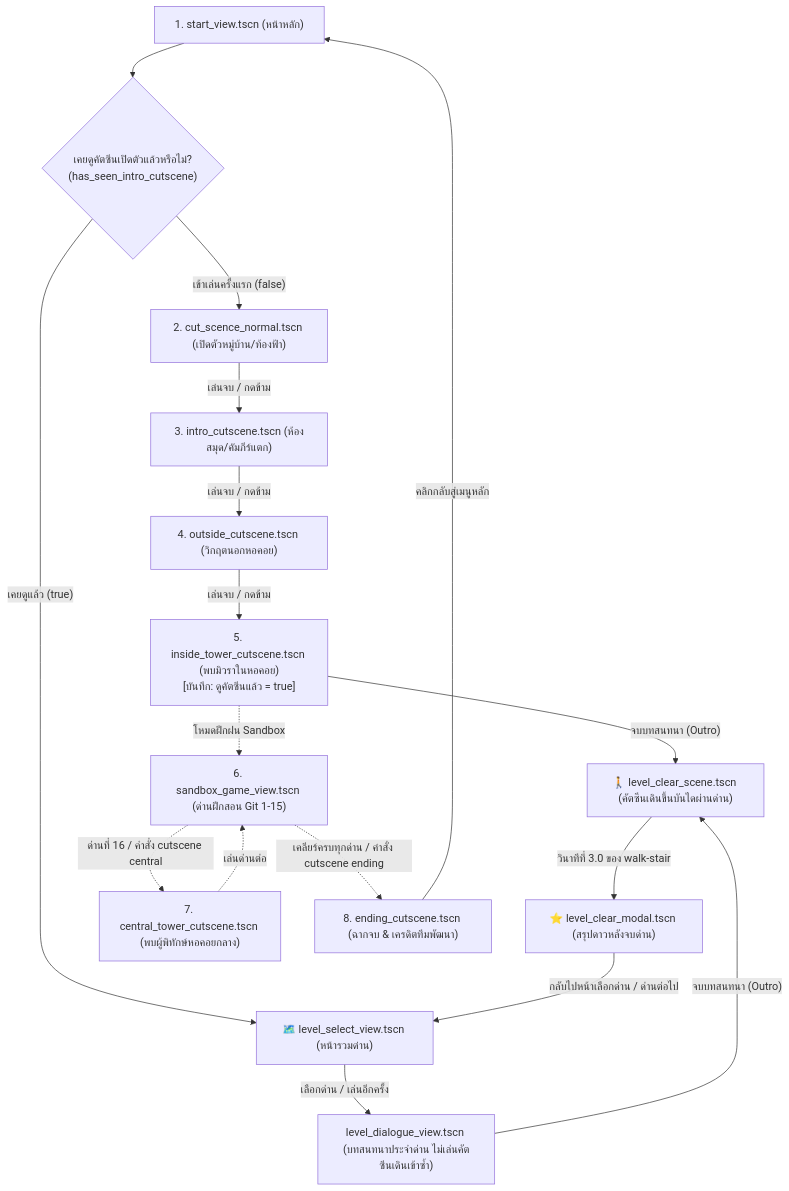
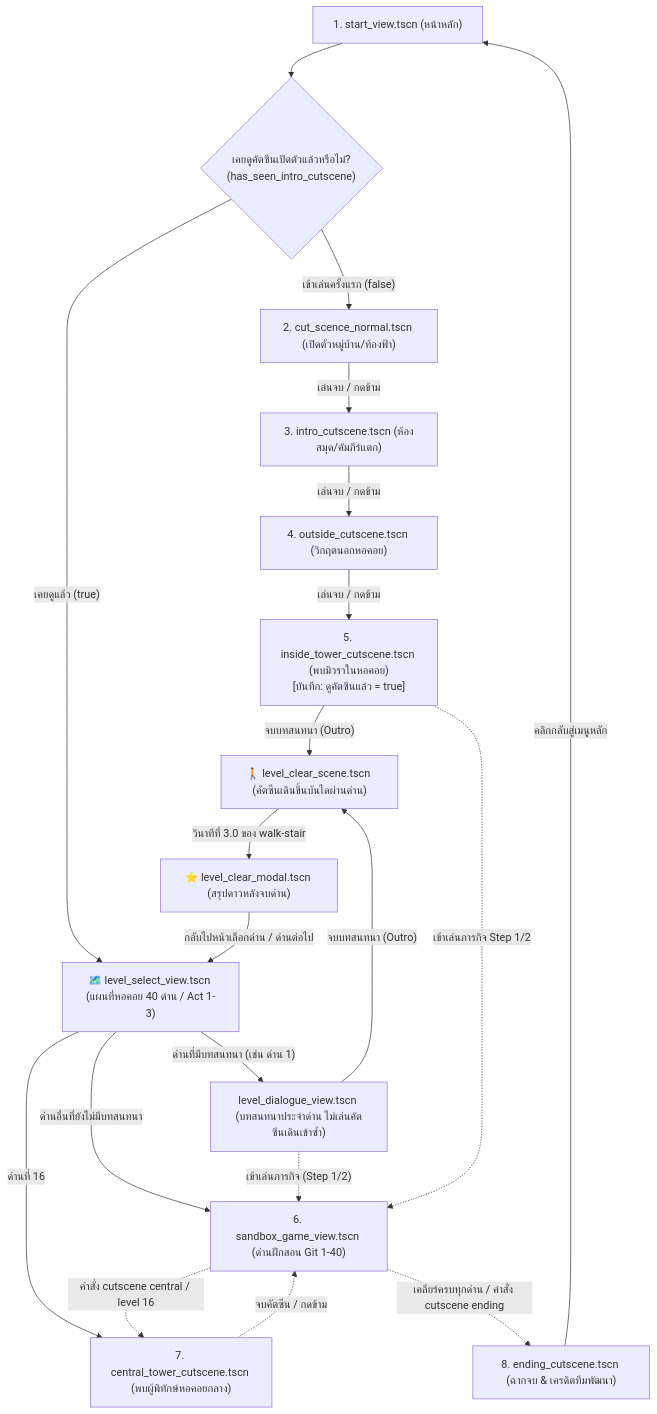
Before and after one commit to PetchAuisui/Demo-Game-Git-Diwaa: the first of 2 diagrams in docs/cutscene-controls.md, drawn with Mermaid. The commit also changed 2 other files, not shown here.

Commit message:
docs(cutscene): อัปเดตเอกสาร Flow หน้าเลือกด่าน 40 ด่าน และการเข้าเล่น SandboxGameView จริง

````diff
--- a/docs/cutscene-controls.md
+++ b/docs/cutscene-controls.md
@@ -95,23 +95,26 @@
 ```mermaid
 flowchart TD
     Start["1. start_view.tscn (หน้าหลัก)"] --> CheckProgress{"เคยดูคัตซีนเปิดตัวแล้วหรือไม่?\n(has_seen_intro_cutscene)"}
     CheckProgress -->|"เข้าเล่นครั้งแรก (false)"| Normal["2. cut_scence_normal.tscn (เปิดตัวหมู่บ้าน/ท้องฟ้า)"]
     Normal -->|"เล่นจบ / กดข้าม"| Intro["3. intro_cutscene.tscn (ห้องสมุด/คัมภีร์แตก)"]
     Intro -->|"เล่นจบ / กดข้าม"| Outside["4. outside_cutscene.tscn (วิกฤตนอกหอคอย)"]
     Outside -->|"เล่นจบ / กดข้าม"| InsideTower["5. inside_tower_cutscene.tscn (พบมิวราในหอคอย)\n[บันทึก: ดูคัตซีนแล้ว = true]"]
     
-    CheckProgress -->|"เคยดูแล้ว (true)"| LevelSelect["🗺️ level_select_view.tscn (หน้ารวมด่าน)"]
-    LevelSelect -->|"เลือกด่าน / เล่นอีกครั้ง"| LevelDialogue["level_dialogue_view.tscn (บทสนทนาประจำด่าน ไม่เล่นคัตซีนเดินเข้าซ้ำ)"]
+    CheckProgress -->|"เคยดูแล้ว (true)"| LevelSelect["🗺️ level_select_view.tscn (แผนที่หอคอย 40 ด่าน / Act 1-3)"]
+    LevelSelect -->|"ด่านที่มีบทสนทนา (เช่น ด่าน 1)"| LevelDialogue["level_dialogue_view.tscn (บทสนทนาประจำด่าน ไม่เล่นคัตซีนเดินเข้าซ้ำ)"]
+    LevelSelect -->|"ด่านที่ 16"| CentralTower["7. central_tower_cutscene.tscn (พบผู้พิทักษ์หอคอยกลาง)"]
+    LevelSelect -->|"ด่านอื่นที่ยังไม่มีบทสนทนา"| Sandbox
     LevelDialogue -->|"จบบทสนทนา (Outro)"| LevelClearScene
+    LevelDialogue -.->|"เข้าเล่นภารกิจ (Step 1/2)"| Sandbox
     
     InsideTower -->|"จบบทสนทนา (Outro)"| LevelClearScene["🚶 level_clear_scene.tscn (คัตซีนเดินขึ้นบันไดผ่านด่าน)"]
     LevelClearScene -->|"วินาทีที่ 3.0 ของ walk-stair"| ClearModal["⭐ level_clear_modal.tscn (สรุปดาวหลังจบด่าน)"]
     ClearModal -->|"กลับไปหน้าเลือกด่าน / ด่านต่อไป"| LevelSelect
     
-    InsideTower -.->|"โหมดฝึกฝน Sandbox"| Sandbox["6. sandbox_game_view.tscn (ด่านฝึกสอน Git 1-15)"]
-    Sandbox -.->|"ด่านที่ 16 / คำสั่ง cutscene central"| CentralTower["7. central_tower_cutscene.tscn (พบผู้พิทักษ์หอคอยกลาง)"]
-    CentralTower -.->|"เล่นด่านต่อ"| Sandbox
+    InsideTower -.->|"เข้าเล่นภารกิจ Step 1/2"| Sandbox["6. sandbox_game_view.tscn (ด่านฝึกสอน Git 1-40)"]
+    Sandbox -.->|"คำสั่ง cutscene central / level 16"| CentralTower
+    CentralTower -.->|"จบคัตซีน / กดข้าม"| Sandbox
     
     Sandbox -.->|"เคลียร์ครบทุกด่าน / คำสั่ง cutscene ending"| Ending["8. ending_cutscene.tscn (ฉากจบ & เครดิตทีมพัฒนา)"]
     Ending -->|"คลิกกลับสู่เมนูหลัก"| Start
 ```
````
